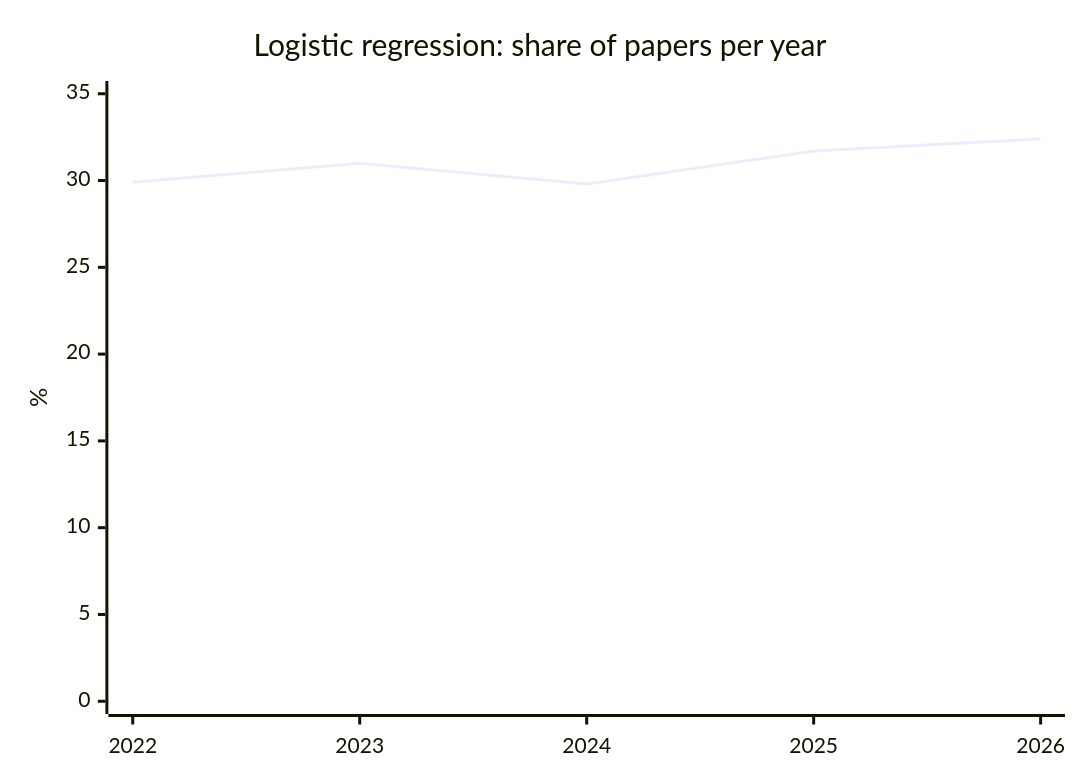
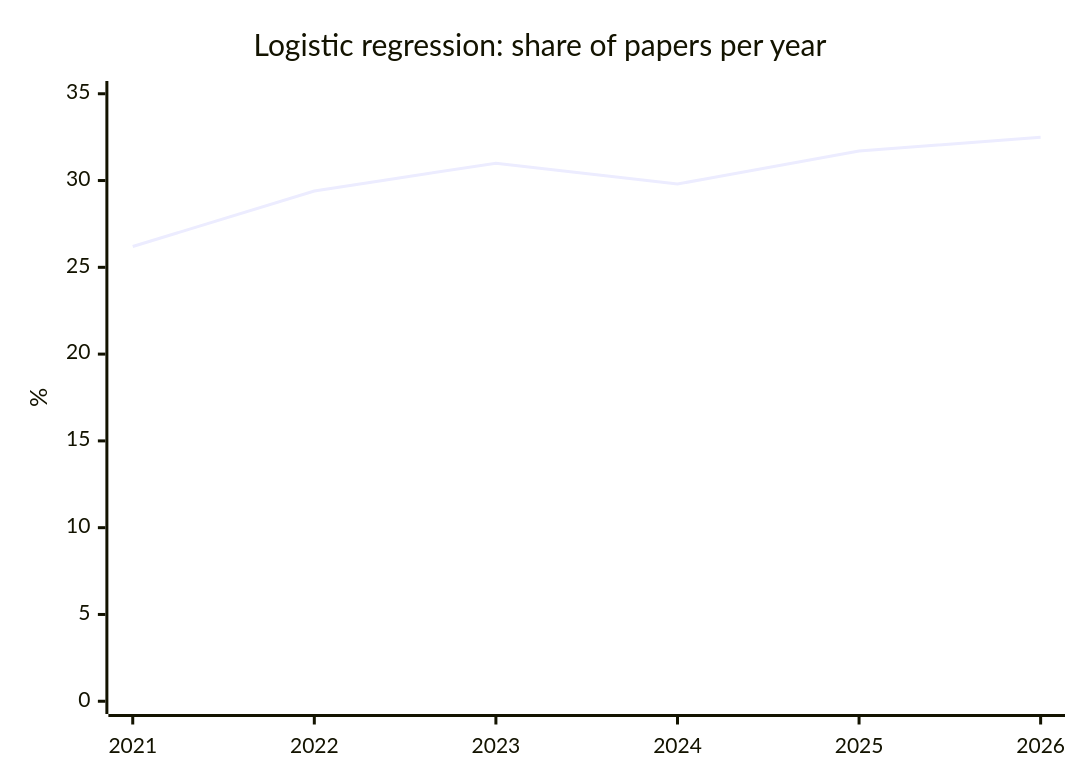
The third of 5 diagrams in literature-watch/reports/overview.md (nfdi4health/datashield-function-ideas), drawn with Mermaid before and after one commit. The commit also changed other lines of this file and 1 other file, not shown here.

````diff
--- a/literature-watch/reports/overview.md
+++ b/literature-watch/reports/overview.md
@@ -68,7 +68,7 @@
 ```mermaid
 xychart-beta
   title "Logistic regression: share of papers per year"
-  x-axis [2022, 2023, 2024, 2025, 2026]
+  x-axis [2021, 2022, 2023, 2024, 2025, 2026]
   y-axis "%" 0 --> 35
-  line [29.9, 31.0, 29.8, 31.7, 32.4]
+  line [26.2, 29.4, 31.0, 29.8, 31.7, 32.5]
 ```
````
